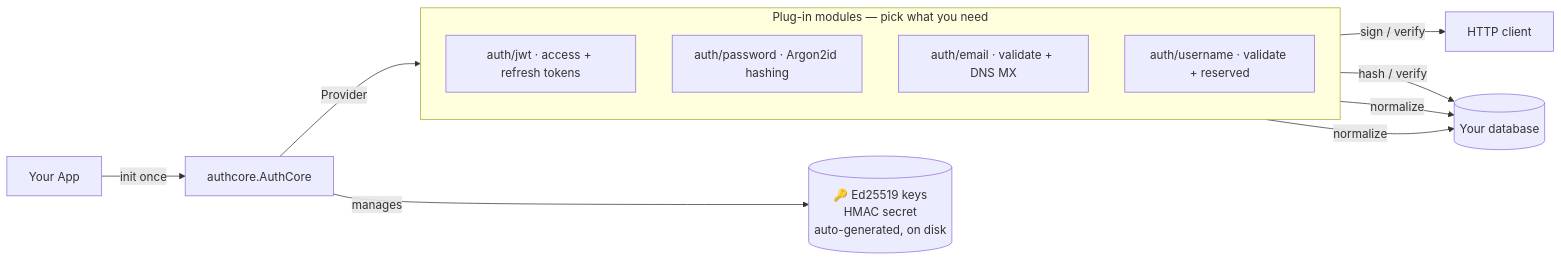
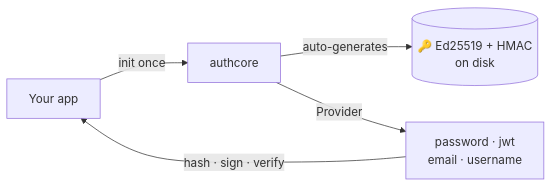
Before and after one commit to Glyndor/authcore: the diagram in README.md, drawn with Mermaid. The commit also changed other lines of this file, not shown here.

````diff
--- a/README.md
+++ b/README.md
@@ -18,17 +106,7 @@
 ```mermaid
 flowchart LR
-    App["Your App"] -->|init once| Core["authcore.AuthCore"]
-    Core -->|manages| Keys[("🔑 Ed25519 keys<br/>HMAC secret<br/>auto-generated, on disk")]
-    Core -->|Provider| Mods
-    subgraph Mods["Plug-in modules — pick what you need"]
-        direction TB
-        JWT["auth/jwt · access + refresh tokens"]
-        Pwd["auth/password · Argon2id hashing"]
-        Email["auth/email · validate + DNS MX"]
-        User["auth/username · validate + reserved"]
-    end
-    JWT -->|sign / verify| Client["HTTP client"]
-    Pwd -->|hash / verify| DB[("Your database")]
-    Email -->|normalize| DB
-    User -->|normalize| DB
+    App["Your app"] -->|init once| Core["authcore"]
+    Core -->|auto-generates| Keys[("🔑 Ed25519 + HMAC<br/>on disk")]
+    Core -->|Provider| M["password · jwt<br/>email · username"]
+    M -->|hash · sign · verify| App
 ```
````
